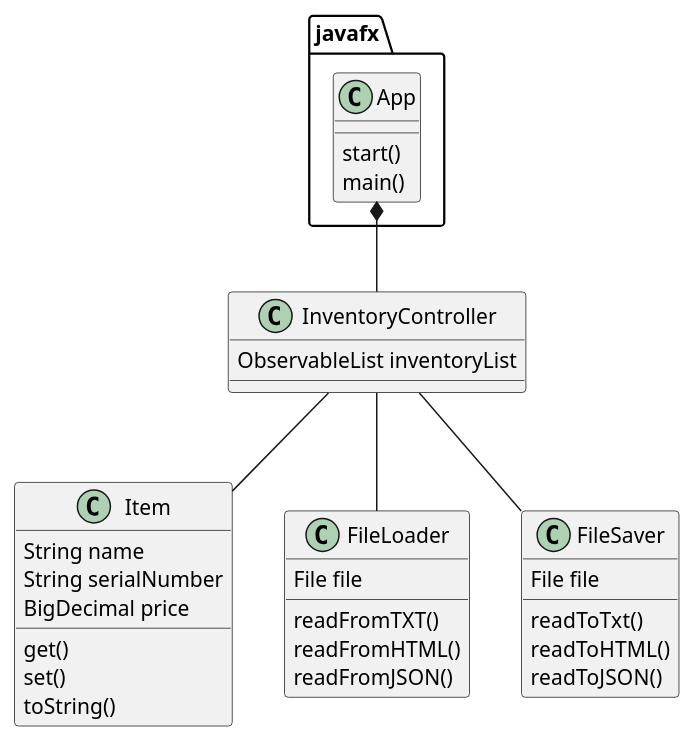
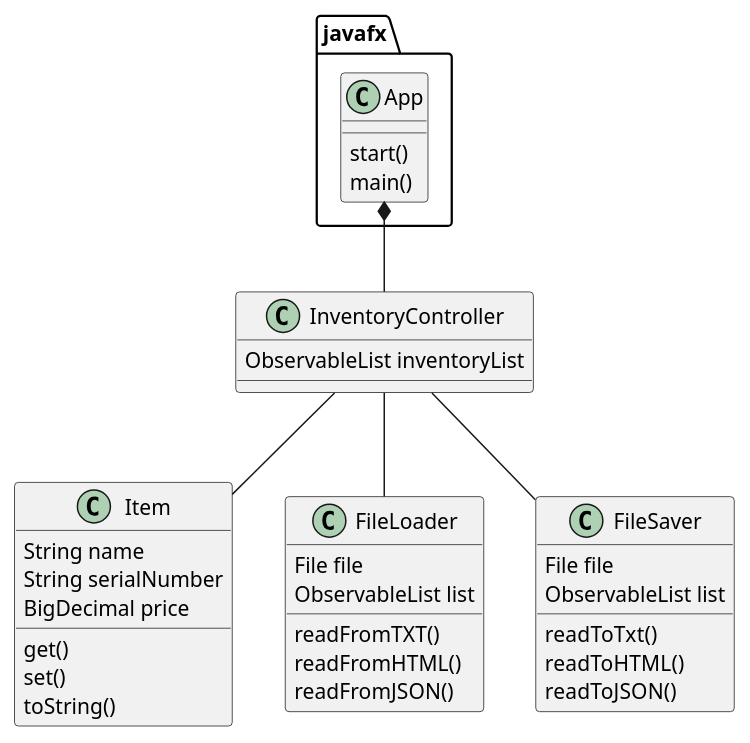
One commit to arkaik2k01/nobrega-7090-a5 changed the diagram in UML/ClassDiagram.puml. Above: the diagram before and after it, drawn with PlantUML. The commit also changed 4 other files, not shown here.

```diff
--- a/UML/ClassDiagram.puml
+++ b/UML/ClassDiagram.puml
@@ -1,46 +1,48 @@
 @startuml
 'https://plantuml.com/class-diagram
 
 class javafx.App {
     start()
     main()
 }
 
 class Item {
     String name
     String serialNumber
     BigDecimal price
 
     get()
     set()
     toString()
 }
 
 class FileLoader {
     File file
+    ObservableList list
 
     readFromTXT()
     readFromHTML()
     readFromJSON()
 
 }
 
 class FileSaver {
     File file
+    ObservableList list
 
     readToTxt()
     readToHTML()
     readToJSON()
 
 }
 
 class InventoryController {
     ObservableList inventoryList
 }
 
 javafx.App*--InventoryController
 InventoryController--FileLoader
 InventoryController--Item
 InventoryController--FileSaver
 
 @enduml
```
